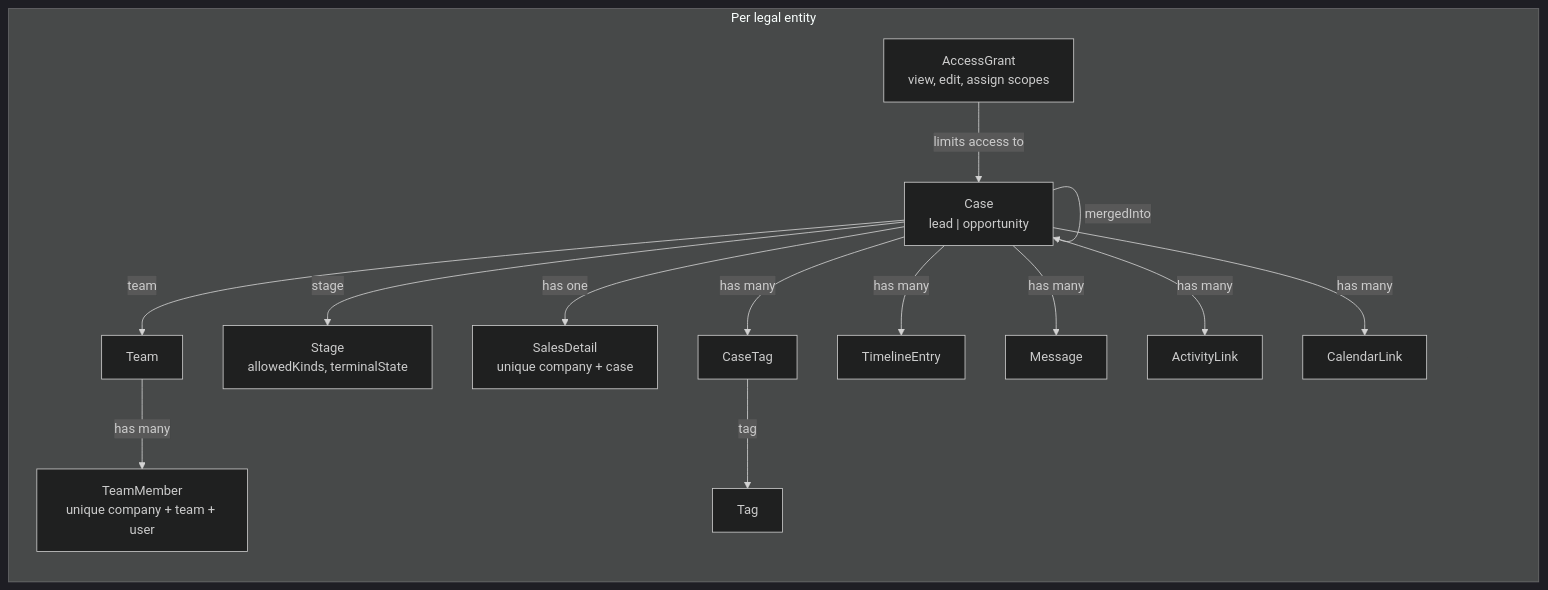
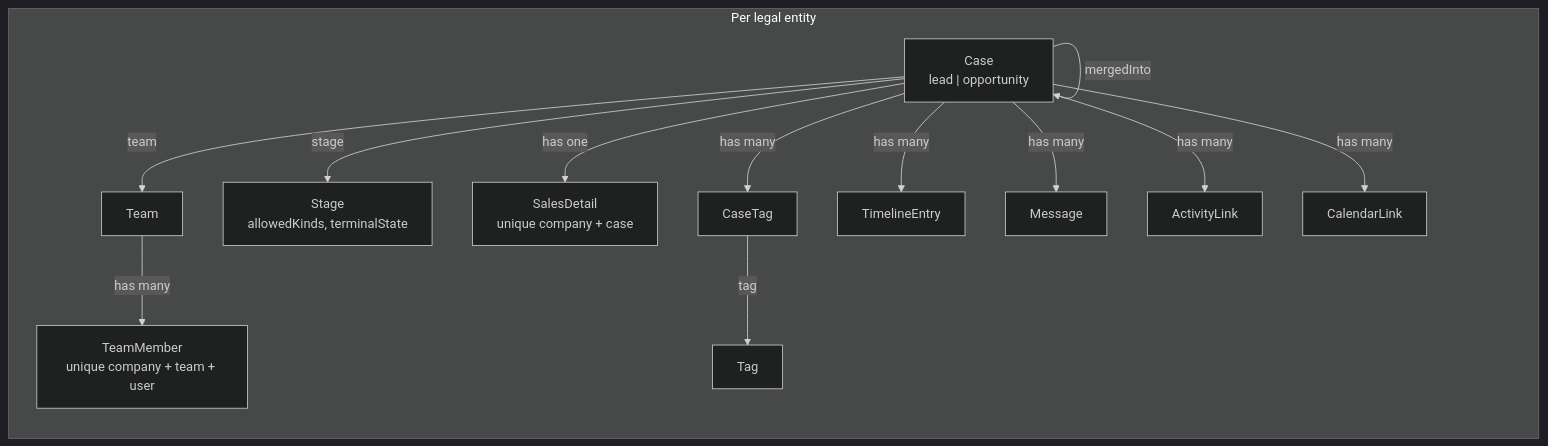
Before and after one commit to ketvietlab/ketjs: the diagram in docs/src/content/docs/ketsuite/crm.md, drawn with Mermaid (dark theme). The commit also changed other lines of this file and 14 other files, not shown here.

````diff
--- a/docs/src/content/docs/ketsuite/crm.md
+++ b/docs/src/content/docs/ketsuite/crm.md
@@ -31,31 +31,29 @@
 ```mermaid
 %% File: docs/src/content/docs/ketsuite/crm.md
 flowchart LR
   subgraph Pipeline["Per legal entity"]
     T["Team"]
     TM["TeamMember<br/>unique company + team + user"]
-    AG["AccessGrant<br/>view, edit, assign scopes"]
     S["Stage<br/>allowedKinds, terminalState"]
     C["Case<br/>lead | opportunity"]
     SD["SalesDetail<br/>unique company + case"]
     TAG["Tag"]
     CT["CaseTag"]
     TL["TimelineEntry"]
     M["Message"]
     AL["ActivityLink"]
     CL["CalendarLink"]
 
     T -->|has many| TM
     C -->|stage| S
     C -->|team| T
-    AG -->|limits access to| C
     C -->|has one| SD
     C -->|has many| CT
     CT -->|tag| TAG
     C -->|has many| TL
     C -->|has many| M
     C -->|has many| AL
     C -->|has many| CL
     C -->|mergedInto| C
   end
 ```
````
